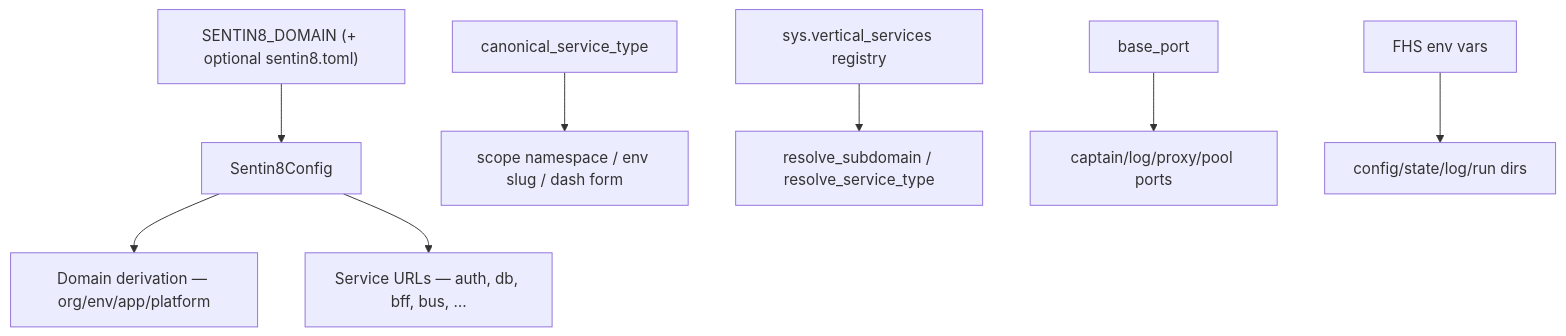
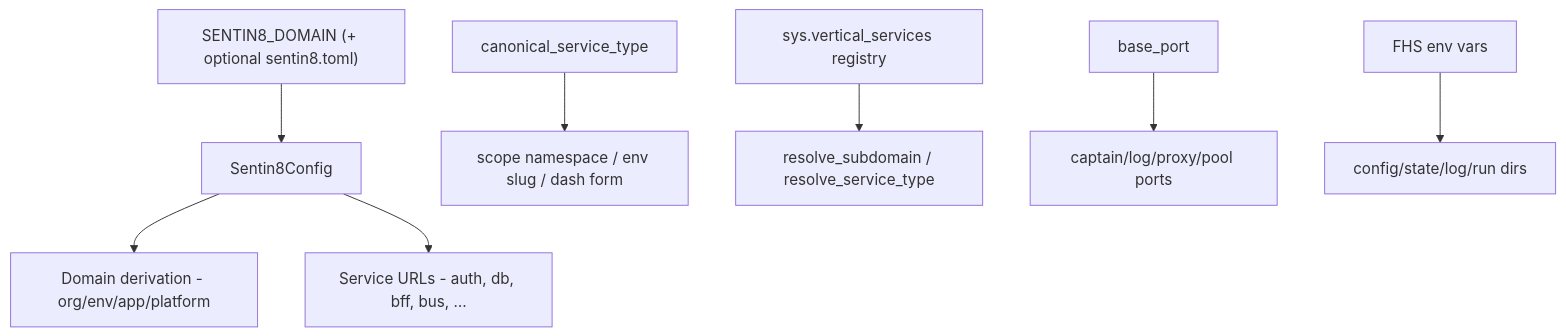
Before and after one commit to Sentin8/sentin8-sdk: the diagram in core/config/README.md, drawn with Mermaid. The commit also changed other lines of this file and 107 other files, not shown here.

````diff
--- a/core/config/README.md
+++ b/core/config/README.md
@@ -27,10 +27,10 @@
 ```mermaid
 graph TD
     A["SENTIN8_DOMAIN (+ optional sentin8.toml)"] --> B[Sentin8Config]
-    B --> C[Domain derivation — org/env/app/platform]
-    B --> D[Service URLs — auth, db, bff, bus, …]
+    B --> C[Domain derivation - org/env/app/platform]
+    B --> D[Service URLs - auth, db, bff, bus, …]
     E[canonical_service_type] --> F[scope namespace / env slug / dash form]
     G[sys.vertical_services registry] --> H[resolve_subdomain / resolve_service_type]
     I[base_port] --> J[captain/log/proxy/pool ports]
     K[FHS env vars] --> L[config/state/log/run dirs]
 ```
````
